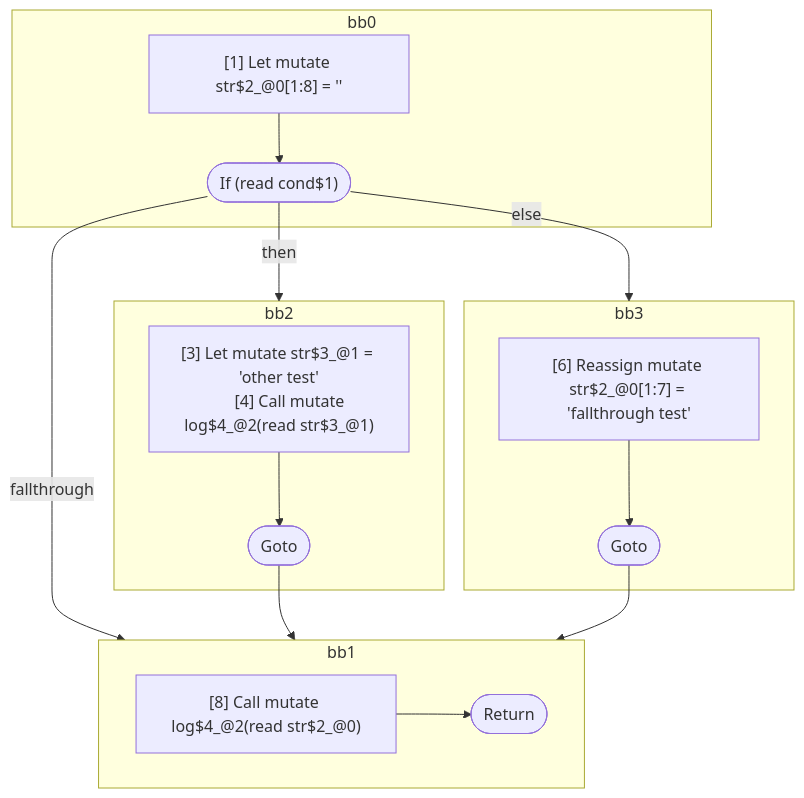
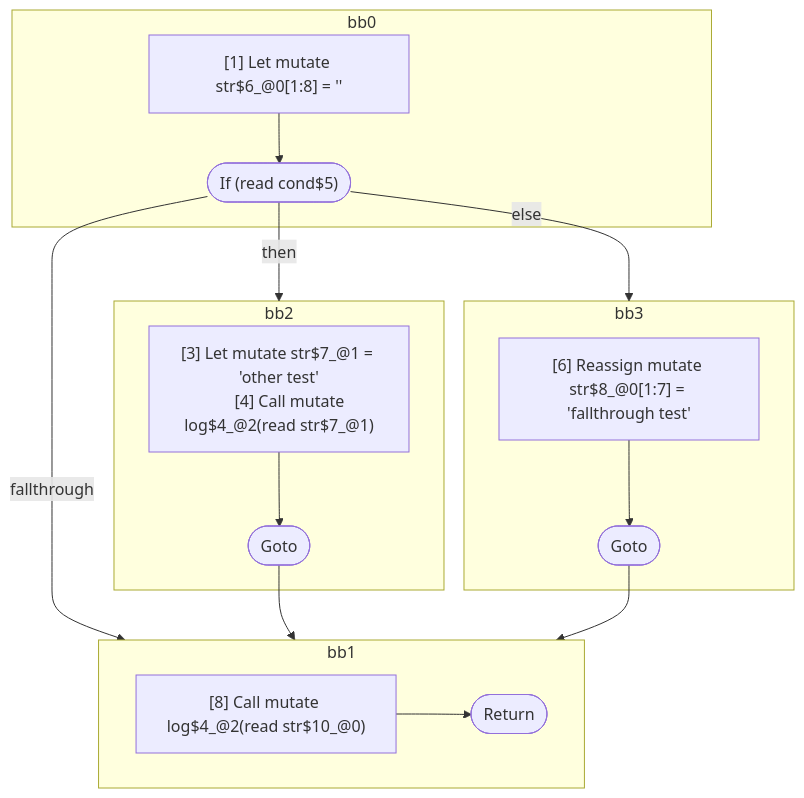
The second of 2 diagrams in compiler/forget/src/__tests__/fixtures/hir/ssa-shadowing.expect.md (wutsmog/private), drawn with Mermaid before and after one commit. The commit also changed other lines of this file and 59 other files, not shown here.

````diff
--- a/compiler/forget/src/__tests__/fixtures/hir/ssa-shadowing.expect.md
+++ b/compiler/forget/src/__tests__/fixtures/hir/ssa-shadowing.expect.md
@@ -69,37 +70,37 @@
 ```mermaid
 flowchart TB
   %% Basic Blocks
   subgraph bb0
     bb0_instrs["
-      [1] Let mutate str$2_@0[1:8] = ''
+      [1] Let mutate str$6_@0[1:8] = ''
     "]
-    bb0_instrs --> bb0_terminal(["If (read cond$1)"])
+    bb0_instrs --> bb0_terminal(["If (read cond$5)"])
   end
   subgraph bb2
     bb2_instrs["
-      [3] Let mutate str$3_@1 = 'other test'
-      [4] Call mutate log$4_@2(read str$3_@1)
+      [3] Let mutate str$7_@1 = 'other test'
+      [4] Call mutate log$4_@2(read str$7_@1)
     "]
     bb2_instrs --> bb2_terminal(["Goto"])
   end
   subgraph bb3
     bb3_instrs["
-      [6] Reassign mutate str$2_@0[1:7] = 'fallthrough test'
+      [6] Reassign mutate str$8_@0[1:7] = 'fallthrough test'
     "]
     bb3_instrs --> bb3_terminal(["Goto"])
   end
   subgraph bb1
     bb1_instrs["
-      [8] Call mutate log$4_@2(read str$2_@0)
+      [8] Call mutate log$4_@2(read str$10_@0)
     "]
     bb1_instrs --> bb1_terminal(["Return"])
   end
 
   %% Jumps
   bb0_terminal -- "then" --> bb2
   bb0_terminal -- "else" --> bb3
   bb0_terminal -- "fallthrough" --> bb1
   bb2_terminal --> bb1
   bb3_terminal --> bb1
 
 ```
````
